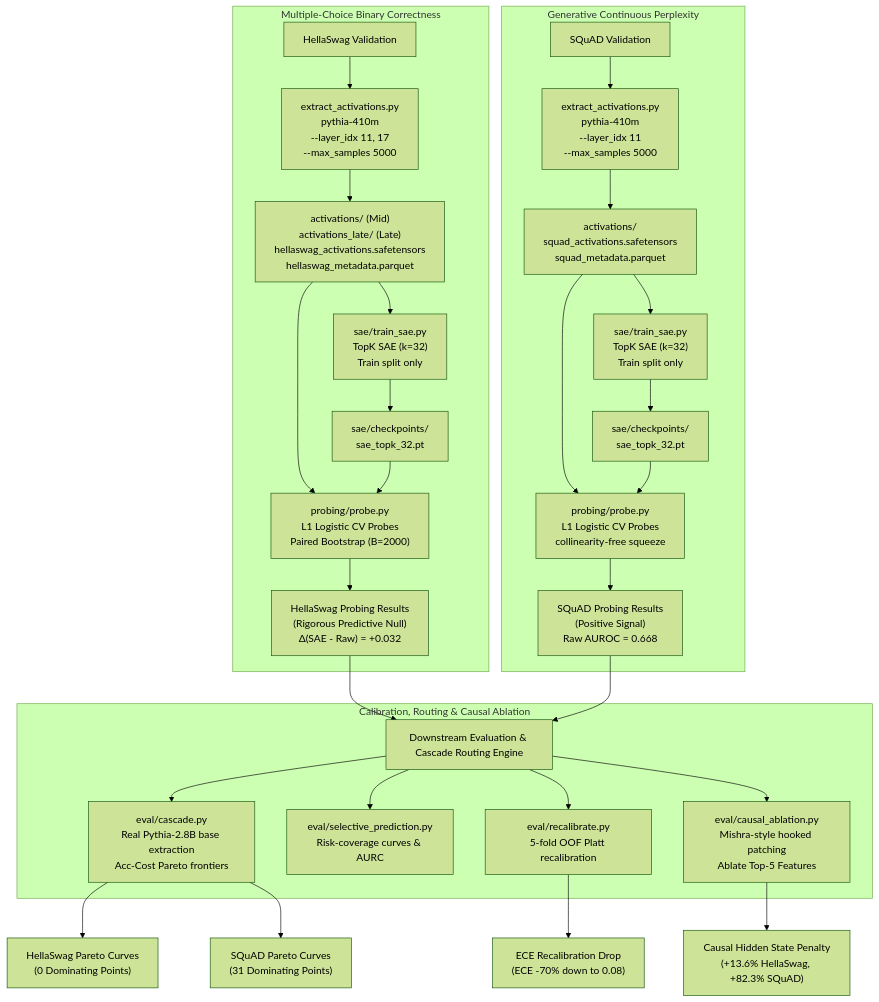
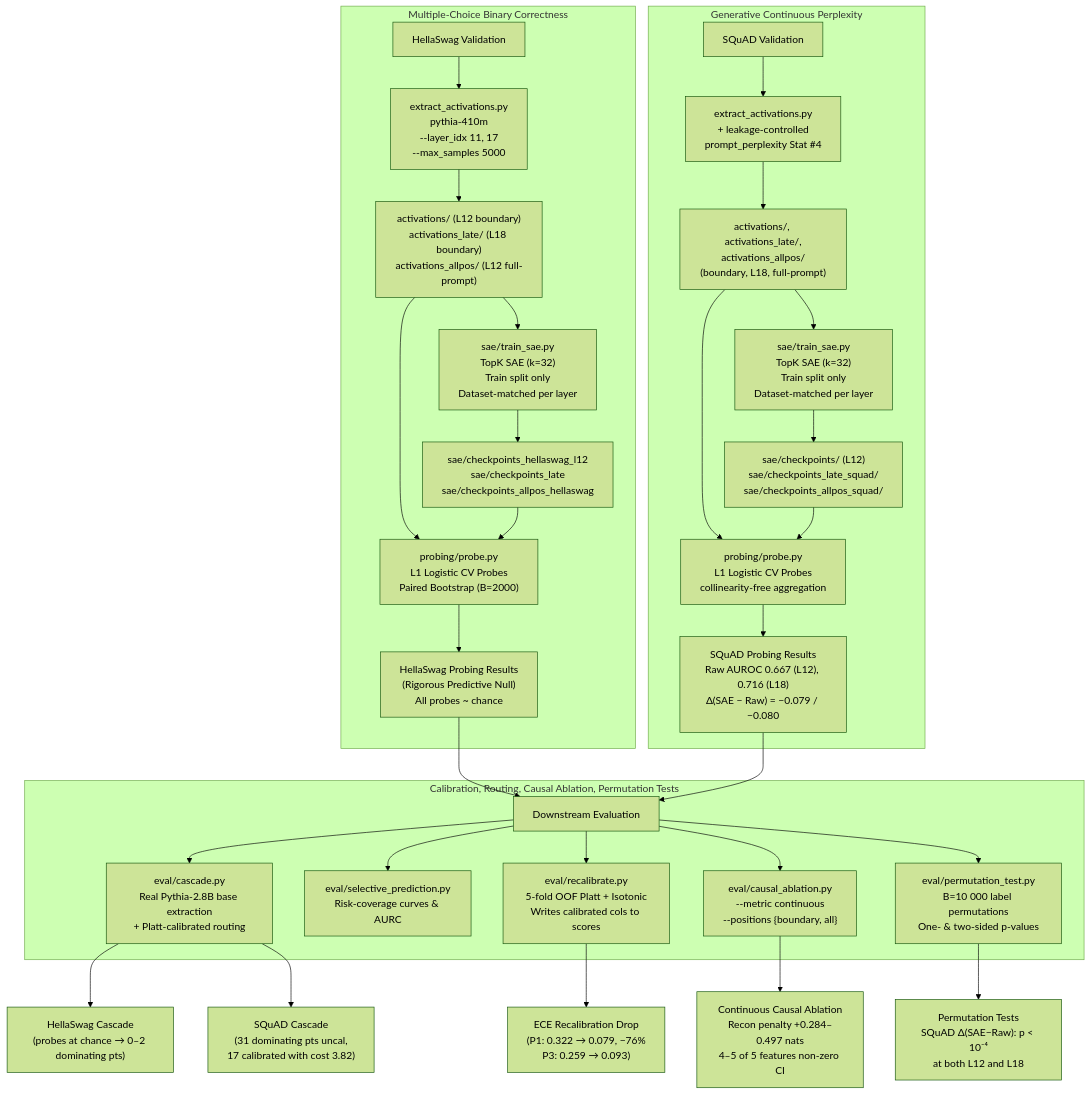
Before and after one commit to nabindev3/llm-sae-difficulty: the diagram in README.md, drawn with Mermaid (forest theme). The commit also changed other lines of this file and 71 other files, not shown here.

````diff
--- a/README.md
+++ b/README.md
@@ -11,37 +15,39 @@
 ```mermaid
 flowchart TB
     subgraph Modality 1: HellaSwag [Multiple-Choice Binary Correctness]
         A1["HellaSwag Validation"] --> B1["extract_activations.py<br/>pythia-410m<br/>--layer_idx 11, 17<br/>--max_samples 5000"]
-        B1 --> C1["activations/ (Mid)<br/>activations_late/ (Late)<br/>hellaswag_activations.safetensors<br/>hellaswag_metadata.parquet"]
-        C1 --> D1["sae/train_sae.py<br/>TopK SAE (k=32)<br/>Train split only"]
-        D1 --> E1["sae/checkpoints/<br/>sae_topk_32.pt"]
+        B1 --> C1["activations/ (L12 boundary)<br/>activations_late/ (L18 boundary)<br/>activations_allpos/ (L12 full-prompt)"]
+        C1 --> D1["sae/train_sae.py<br/>TopK SAE (k=32)<br/>Train split only<br/>Dataset-matched per layer"]
+        D1 --> E1["sae/checkpoints_hellaswag_l12<br/>sae/checkpoints_late<br/>sae/checkpoints_allpos_hellaswag"]
         C1 --> F1["probing/probe.py<br/>L1 Logistic CV Probes<br/>Paired Bootstrap (B=2000)"]
         E1 --> F1
-        F1 --> G1["HellaSwag Probing Results<br/>(Rigorous Predictive Null)<br/>Δ(SAE - Raw) = +0.032"]
+        F1 --> G1["HellaSwag Probing Results<br/>(Rigorous Predictive Null)<br/>All probes ~ chance"]
     end
 
     subgraph Modality 2: SQuAD [Generative Continuous Perplexity]
-        A2["SQuAD Validation"] --> B2["extract_activations.py<br/>pythia-410m<br/>--layer_idx 11<br/>--max_samples 5000"]
-        B2 --> C2["activations/<br/>squad_activations.safetensors<br/>squad_metadata.parquet"]
-        C2 --> D2["sae/train_sae.py<br/>TopK SAE (k=32)<br/>Train split only"]
-        D2 --> E2["sae/checkpoints/<br/>sae_topk_32.pt"]
-        C2 --> F2["probing/probe.py<br/>L1 Logistic CV Probes<br/>collinearity-free squeeze"]
+        A2["SQuAD Validation"] --> B2["extract_activations.py<br/>+ leakage-controlled<br/>prompt_perplexity Stat #4"]
+        B2 --> C2["activations/, activations_late/,<br/>activations_allpos/<br/>(boundary, L18, full-prompt)"]
+        C2 --> D2["sae/train_sae.py<br/>TopK SAE (k=32)<br/>Train split only<br/>Dataset-matched per layer"]
+        D2 --> E2["sae/checkpoints/ (L12)<br/>sae/checkpoints_late_squad/<br/>sae/checkpoints_allpos_squad/"]
+        C2 --> F2["probing/probe.py<br/>L1 Logistic CV Probes<br/>collinearity-free aggregation"]
         E2 --> F2
-        F2 --> G2["SQuAD Probing Results<br/>(Positive Signal)<br/>Raw AUROC = 0.668"]
+        F2 --> G2["SQuAD Probing Results<br/>Raw AUROC 0.667 (L12), 0.716 (L18)<br/>Δ(SAE − Raw) = −0.079 / −0.080"]
     end
 
-    G1 --> H["Downstream Evaluation & Cascade Routing Engine"]
+    G1 --> H["Downstream Evaluation"]
     G2 --> H
 
-    subgraph Downstream Evaluation [Calibration, Routing & Causal Ablation]
-        H --> I["eval/cascade.py<br/>Real Pythia-2.8B base extraction<br/>Acc-Cost Pareto frontiers"]
+    subgraph Downstream Evaluation [Calibration, Routing, Causal Ablation, Permutation Tests]
+        H --> I["eval/cascade.py<br/>Real Pythia-2.8B base extraction<br/>+ Platt-calibrated routing"]
         H --> J["eval/selective_prediction.py<br/>Risk-coverage curves & AURC"]
-        H --> K["eval/recalibrate.py<br/>5-fold OOF Platt recalibration"]
-        H --> L["eval/causal_ablation.py<br/>Mishra-style hooked patching<br/>Ablate Top-5 Features"]
+        H --> K["eval/recalibrate.py<br/>5-fold OOF Platt + Isotonic<br/>Writes calibrated cols to scores"]
+        H --> L["eval/causal_ablation.py<br/>--metric continuous<br/>--positions {boundary, all}"]
+        H --> P["eval/permutation_test.py<br/>B=10 000 label permutations<br/>One- & two-sided p-values"]
     end
 
-    I --> M1["HellaSwag Pareto Curves<br/>(0 Dominating Points)"]
-    I --> M2["SQuAD Pareto Curves<br/>(31 Dominating Points)"]
-    K --> N["ECE Recalibration Drop<br/>(ECE -70% down to 0.08)"]
-    L --> O["Causal Hidden State Penalty<br/>(+13.6% HellaSwag, +82.3% SQuAD)"]
+    I --> M1["HellaSwag Cascade<br/>(probes at chance → 0–2 dominating pts)"]
+    I --> M2["SQuAD Cascade<br/>(31 dominating pts uncal,<br/>17 calibrated with cost 3.82)"]
+    K --> N["ECE Recalibration Drop<br/>(P1: 0.322 → 0.079, −76%<br/>P3: 0.259 → 0.093)"]
+    L --> O["Continuous Causal Ablation<br/>Recon penalty +0.284–0.497 nats<br/>4–5 of 5 features non-zero CI"]
+    P --> Q["Permutation Tests<br/>SQuAD Δ(SAE−Raw): p < 10⁻⁴<br/>at both L12 and L18"]
 ```
````
